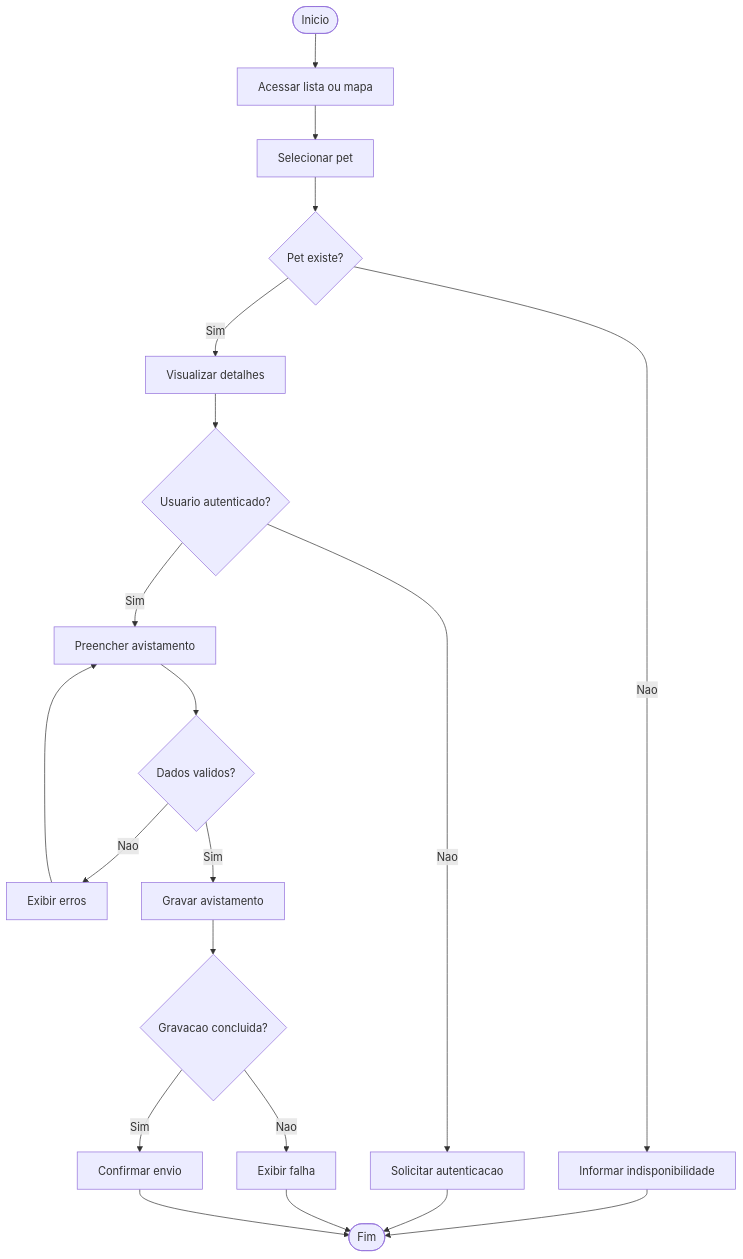
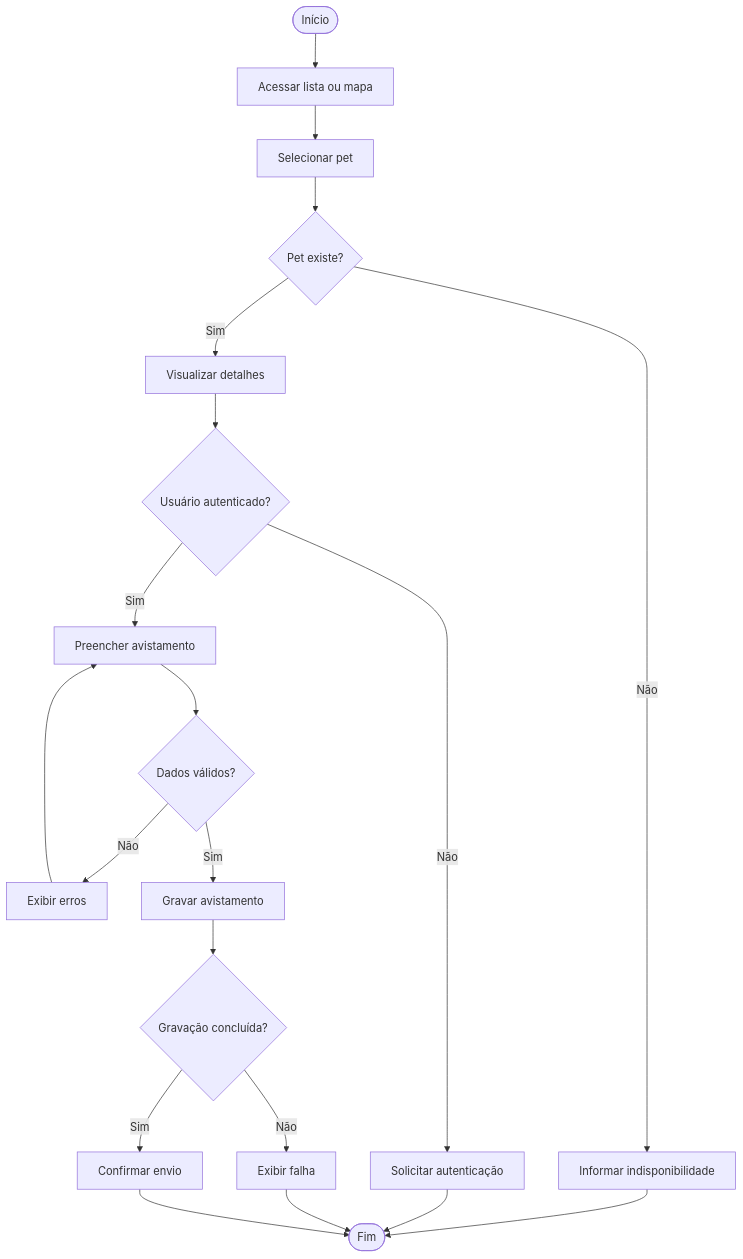
Before and after one commit to Reminsonrps/PetConecta: the tenth of 16 diagrams in docs/modelagem-site.md, drawn with Mermaid. The commit also changed other lines of this file and 3 other files, not shown here.

````diff
--- a/docs/modelagem-site.md
+++ b/docs/modelagem-site.md
@@ -457,22 +457,22 @@
 ```mermaid
 flowchart TD
-    A([Inicio]) --> B[Acessar lista ou mapa]
+    A([Início]) --> B[Acessar lista ou mapa]
     B --> C[Selecionar pet]
     C --> D{Pet existe?}
-    D -- Nao --> E[Informar indisponibilidade]
+    D -- Não --> E[Informar indisponibilidade]
     D -- Sim --> F[Visualizar detalhes]
-    F --> G{Usuario autenticado?}
-    G -- Nao --> H[Solicitar autenticacao]
+    F --> G{Usuário autenticado?}
+    G -- Não --> H[Solicitar autenticação]
     G -- Sim --> I[Preencher avistamento]
-    I --> J{Dados validos?}
-    J -- Nao --> K[Exibir erros]
+    I --> J{Dados válidos?}
+    J -- Não --> K[Exibir erros]
     K --> I
     J -- Sim --> L[Gravar avistamento]
-    L --> M{Gravacao concluida?}
-    M -- Nao --> N[Exibir falha]
+    L --> M{Gravação concluída?}
+    M -- Não --> N[Exibir falha]
     M -- Sim --> O[Confirmar envio]
     E --> P([Fim])
     H --> P
     N --> P
     O --> P
 ```
````
